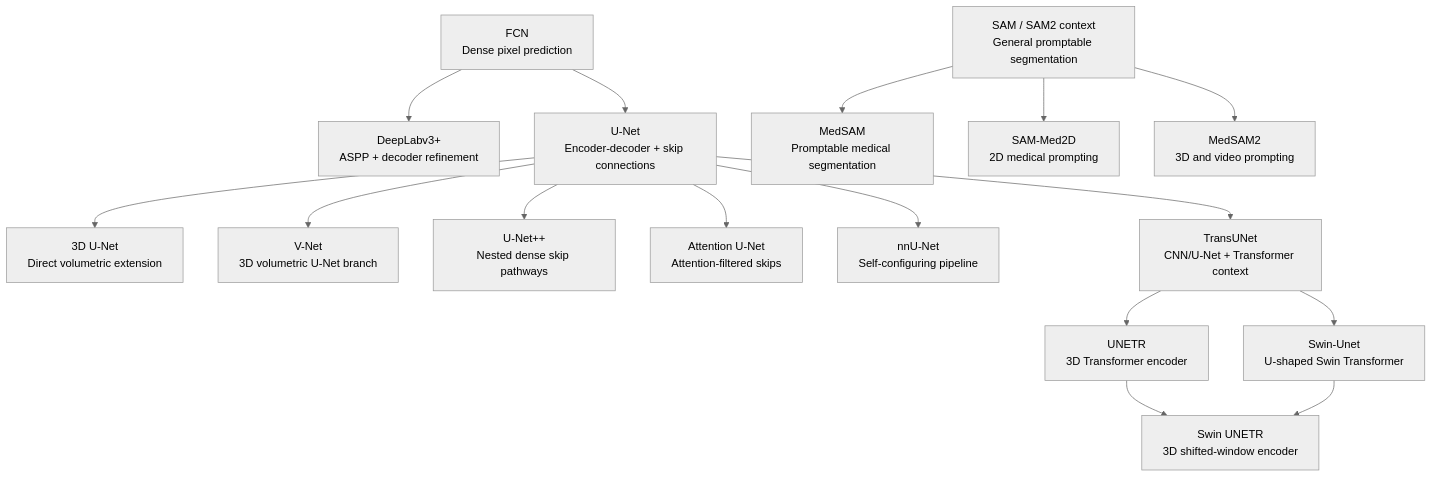
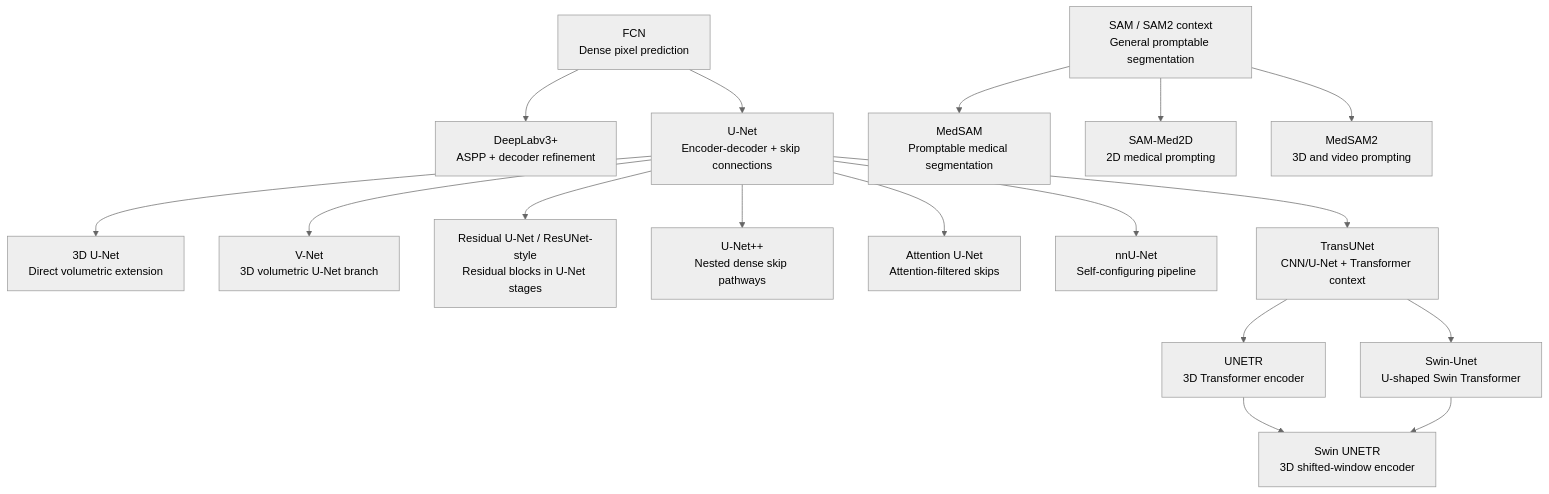
One commit to LeonSilva15/medical-image-segmentation-architectures changed the diagram in docs/evolution/lineage.md. Above: the diagram before and after it, drawn with Mermaid (neutral theme). The commit also changed other lines of this file and 6 other files, not shown here.

Commit message:
docs: add ResUNet-style variant page

````diff
--- a/docs/evolution/lineage.md
+++ b/docs/evolution/lineage.md
@@ -7,35 +7,37 @@
 ```mermaid
 graph TD
     FCN["FCN<br/>Dense pixel prediction"]
     DeepLabV3Plus["DeepLabv3+<br/>ASPP + decoder refinement"]
     UNet["U-Net<br/>Encoder-decoder + skip connections"]
     UNet3D["3D U-Net<br/>Direct volumetric extension"]
     VNet["V-Net<br/>3D volumetric U-Net branch"]
+    ResUNetStyle["Residual U-Net / ResUNet-style<br/>Residual blocks in U-Net stages"]
     UNetPP["U-Net++<br/>Nested dense skip pathways"]
     AttUNet["Attention U-Net<br/>Attention-filtered skips"]
     nnUNet["nnU-Net<br/>Self-configuring pipeline"]
     TransUNet["TransUNet<br/>CNN/U-Net + Transformer context"]
     SwinUnet["Swin-Unet<br/>U-shaped Swin Transformer"]
     UNETR["UNETR<br/>3D Transformer encoder"]
     SwinUNETR["Swin UNETR<br/>3D shifted-window encoder"]
     SAMRoot["SAM / SAM2 context<br/>General promptable segmentation"]
     MedSAM["MedSAM<br/>Promptable medical segmentation"]
     SAMMed2D["SAM-Med2D<br/>2D medical prompting"]
     MedSAM2["MedSAM2<br/>3D and video prompting"]
 
     FCN --> UNet
     FCN --> DeepLabV3Plus
     UNet --> UNet3D
     UNet --> VNet
+    UNet --> ResUNetStyle
     UNet --> UNetPP
     UNet --> AttUNet
     UNet --> nnUNet
     UNet --> TransUNet
     TransUNet --> SwinUnet
     TransUNet --> UNETR
     UNETR --> SwinUNETR
     SwinUnet --> SwinUNETR
     SAMRoot --> MedSAM
     SAMRoot --> SAMMed2D
     SAMRoot --> MedSAM2
 ```
````
